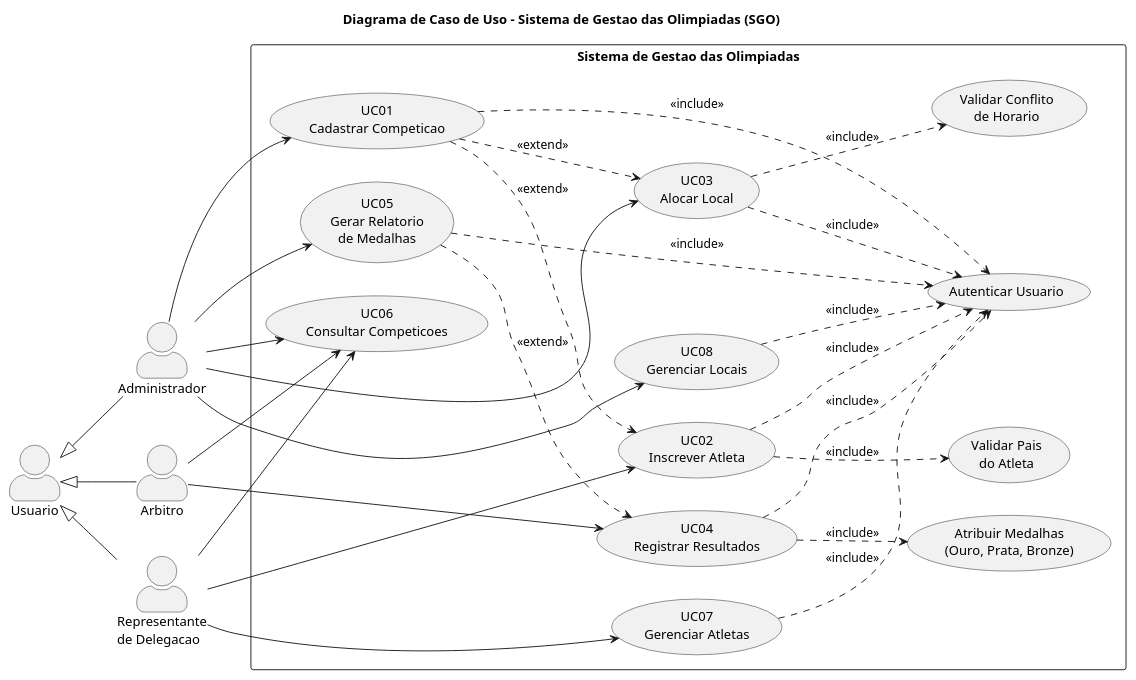
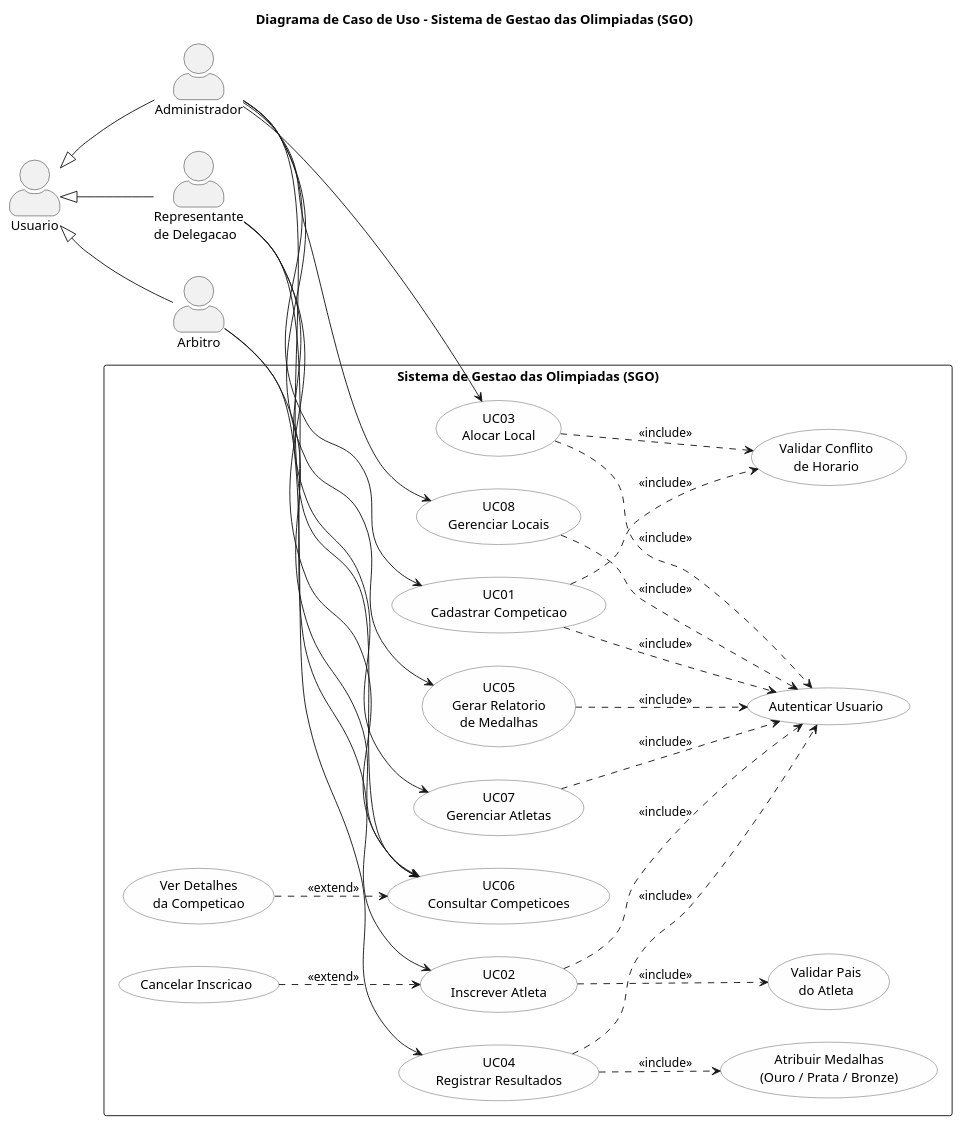
The diagram in codigos/diagrama-de-caso-de-uso.puml (MirandaSls/Trabalho-SGO), drawn with PlantUML before and after one commit. The commit also changed 11 other files, not shown here.

```diff
--- a/codigos/diagrama-de-caso-de-uso.puml
+++ b/codigos/diagrama-de-caso-de-uso.puml
@@ -1,62 +1,72 @@
 @startuml diagrama-de-caso-de-uso
 title Diagrama de Caso de Uso - Sistema de Gestao das Olimpiadas (SGO)
 
 left to right direction
 skinparam packageStyle rectangle
 skinparam actorStyle awesome
+skinparam usecase {
+  BackgroundColor #FEFEFE
+  BorderColor #555555
+}
 
+actor "Usuario" as USR
 actor "Administrador" as ADM
 actor "Representante\nde Delegacao" as REP
 actor "Arbitro" as ARB
-actor "Usuario" as USR
 
 USR <|-- ADM
 USR <|-- REP
 USR <|-- ARB
 
-rectangle "Sistema de Gestao das Olimpiadas" {
+rectangle "Sistema de Gestao das Olimpiadas (SGO)" {
+
   usecase "UC01\nCadastrar Competicao" as UC01
   usecase "UC02\nInscrever Atleta" as UC02
   usecase "UC03\nAlocar Local" as UC03
   usecase "UC04\nRegistrar Resultados" as UC04
   usecase "UC05\nGerar Relatorio\nde Medalhas" as UC05
   usecase "UC06\nConsultar Competicoes" as UC06
   usecase "UC07\nGerenciar Atletas" as UC07
   usecase "UC08\nGerenciar Locais" as UC08
 
+  usecase "Autenticar Usuario" as UCA
   usecase "Validar Conflito\nde Horario" as UCV
   usecase "Validar Pais\ndo Atleta" as UCP
-  usecase "Atribuir Medalhas\n(Ouro, Prata, Bronze)" as UCM
-  usecase "Autenticar Usuario" as UCA
+  usecase "Atribuir Medalhas\n(Ouro / Prata / Bronze)" as UCM
+  usecase "Cancelar Inscricao" as UCC
+  usecase "Ver Detalhes\nda Competicao" as UCD
 }
 
+' --- Associacoes ator -> caso de uso ---
 ADM --> UC01
 ADM --> UC03
 ADM --> UC05
 ADM --> UC08
 ADM --> UC06
 
 REP --> UC02
 REP --> UC07
 REP --> UC06
 
 ARB --> UC04
 ARB --> UC06
 
+' --- Includes (comportamento obrigatorio) ---
 UC01 ..> UCA : <<include>>
 UC02 ..> UCA : <<include>>
 UC03 ..> UCA : <<include>>
 UC04 ..> UCA : <<include>>
 UC05 ..> UCA : <<include>>
 UC07 ..> UCA : <<include>>
 UC08 ..> UCA : <<include>>
 
+UC01 ..> UCV : <<include>>
 UC03 ..> UCV : <<include>>
 UC02 ..> UCP : <<include>>
 UC04 ..> UCM : <<include>>
 
-UC05 ..> UC04 : <<extend>>
-UC01 ..> UC03 : <<extend>>
-UC01 ..> UC02 : <<extend>>
+' --- Extends (comportamento opcional / variante) ---
+UCC ..> UC02 : <<extend>>
+UCD ..> UC06 : <<extend>>
 
 @enduml
```
